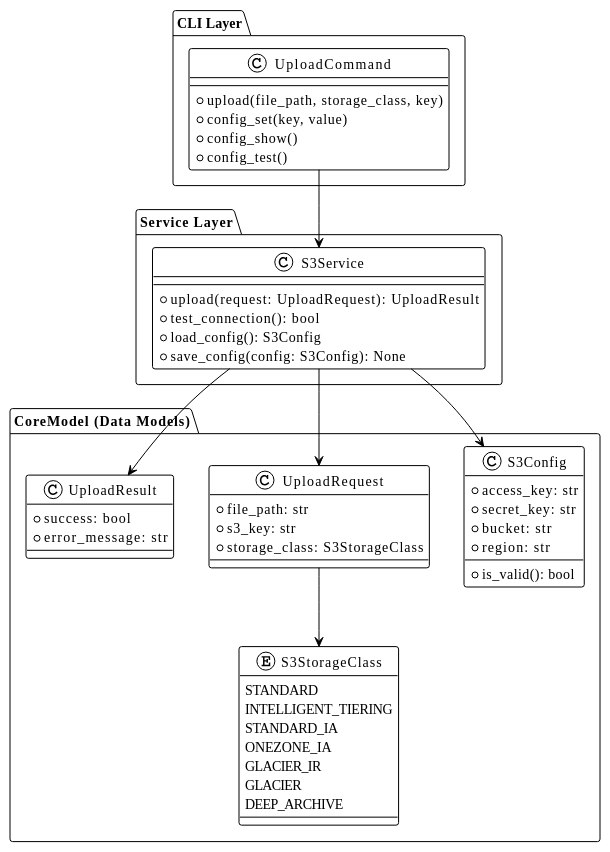
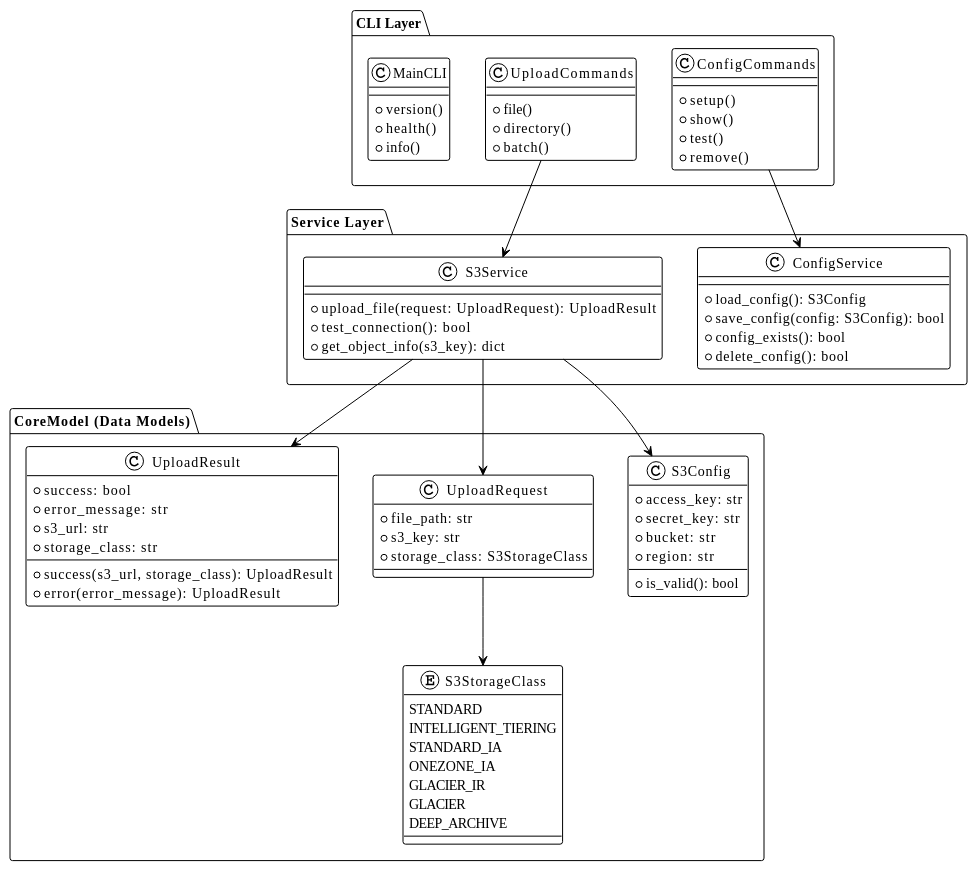
One commit to FATESAIKOU/CloudStorageSyncer changed the first of 7 diagrams in .prompt/02.Issue/02.AddSimpleFileUpload/01.BasicDesign/03.ClassInterface.md. Above: the diagram before and after it, drawn with PlantUML. The commit also changed 19 other files, not shown here.

```diff
--- a/.prompt/02.Issue/02.AddSimpleFileUpload/01.BasicDesign/03.ClassInterface.md
+++ b/.prompt/02.Issue/02.AddSimpleFileUpload/01.BasicDesign/03.ClassInterface.md
@@ -9,20 +9,38 @@
 !theme plain
 
 package "CLI Layer" {
-  class UploadCommand {
-    +upload(file_path, storage_class, key)
-    +config_set(key, value)
-    +config_show()
-    +config_test()
+  class ConfigCommands {
+    +setup()
+    +show()
+    +test()
+    +remove()
+  }
+
+  class UploadCommands {
+    +file()
+    +directory()
+    +batch()
+  }
+
+  class MainCLI {
+    +version()
+    +health()
+    +info()
   }
 }
 
 package "Service Layer" {
   class S3Service {
-    +upload(request: UploadRequest): UploadResult
+    +upload_file(request: UploadRequest): UploadResult
     +test_connection(): bool
+    +get_object_info(s3_key): dict
+  }
+
+  class ConfigService {
     +load_config(): S3Config
-    +save_config(config: S3Config): None
+    +save_config(config: S3Config): bool
+    +config_exists(): bool
+    +delete_config(): bool
   }
 }
 
@@ -54,10 +72,15 @@
   class UploadResult {
     +success: bool
     +error_message: str
+    +s3_url: str
+    +storage_class: str
+    +success(s3_url, storage_class): UploadResult
+    +error(error_message): UploadResult
   }
 }
 
-UploadCommand --> S3Service
+ConfigCommands --> ConfigService
+UploadCommands --> S3Service
 S3Service --> S3Config
 S3Service --> UploadRequest
 S3Service --> UploadResult
```
